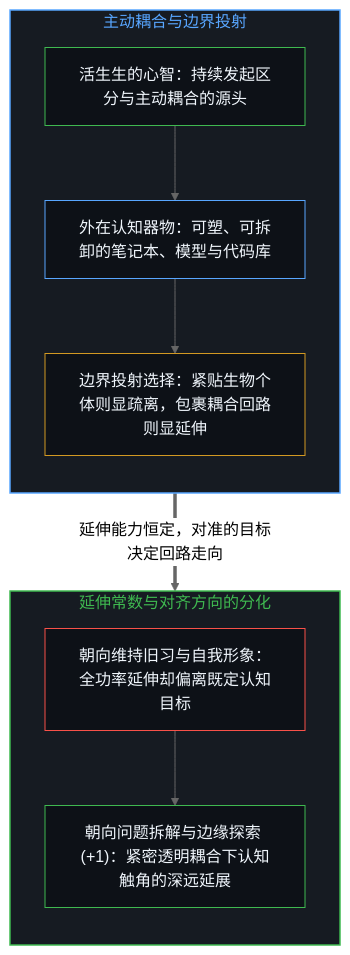
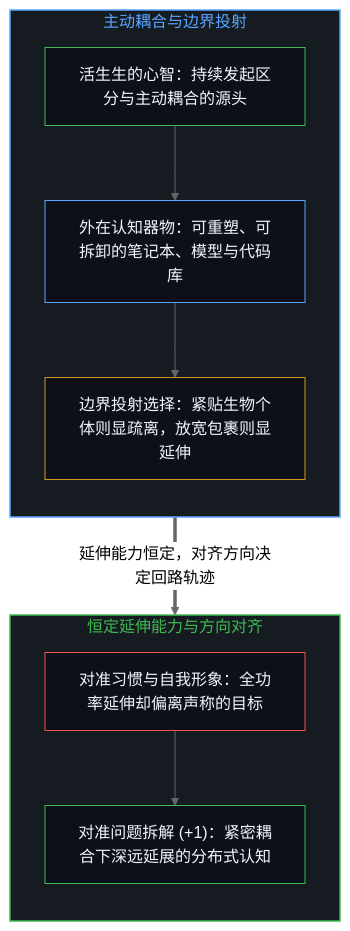
The first of 2 diagrams in content/posts/extended-cognition-refined.md (powerpig99/not-a-toe), drawn with Mermaid (neutral theme) before and after one commit. The commit also changed other lines of this file and 5 other files, not shown here.

````diff
--- a/content/posts/extended-cognition-refined.md
+++ b/content/posts/extended-cognition-refined.md
@@ -17,24 +17,24 @@
 ```mermaid
 flowchart TD
     subgraph S_Coupling["主动耦合与边界投射"]
         direction TB
         Mind["活生生的心智：持续发起区分与主动耦合的源头"]
-        Tool["外在认知器物：可塑、可拆卸的笔记本、模型与代码库"]
-        Bound["边界投射选择：紧贴生物个体则显疏离，包裹耦合回路则显延伸"]
+        Tool["外在认知器物：可重塑、可拆卸的笔记本、模型与代码库"]
+        Bound["边界投射选择：紧贴生物个体则显疏离，放宽包裹则显延伸"]
         Mind --> Tool --> Bound
     end
-    subgraph S_Align["延伸常数与对齐方向的分化"]
+    subgraph S_Align["恒定延伸能力与方向对齐"]
         direction TB
-        Comfort["朝向维持旧习与自我形象：全功率延伸却偏离既定认知目标"]
-        Target["朝向问题拆解与边缘探索 (+1)：紧密透明耦合下认知触角的深远延展"]
+        Comfort["对准习惯与自我形象：全功率延伸却偏离声称的目标"]
+        Target["对准问题拆解 (+1)：紧密耦合下深远延展的分布式认知"]
         Comfort --> Target
     end
-    Bound ==>|"延伸能力恒定，对准的目标决定回路走向"| Comfort
+    Bound ==>|"延伸能力恒定，对齐方向决定回路轨迹"| Comfort
     style S_Coupling fill:#161b22,stroke:#58a6ff,stroke-width:1.5px,color:#58a6ff
     style S_Align fill:#161b22,stroke:#3fb950,stroke-width:1.5px,color:#3fb950
     style Mind fill:#0d1117,stroke:#3fb950,stroke-width:1px,color:#f0f6fc
     style Tool fill:#0d1117,stroke:#58a6ff,stroke-width:1px,color:#f0f6fc
     style Bound fill:#0d1117,stroke:#d29922,stroke-width:1px,color:#f0f6fc
     style Comfort fill:#0d1117,stroke:#f85149,stroke-width:1px,color:#f0f6fc
     style Target fill:#0d1117,stroke:#3fb950,stroke-width:1px,color:#f0f6fc
 ```
````
